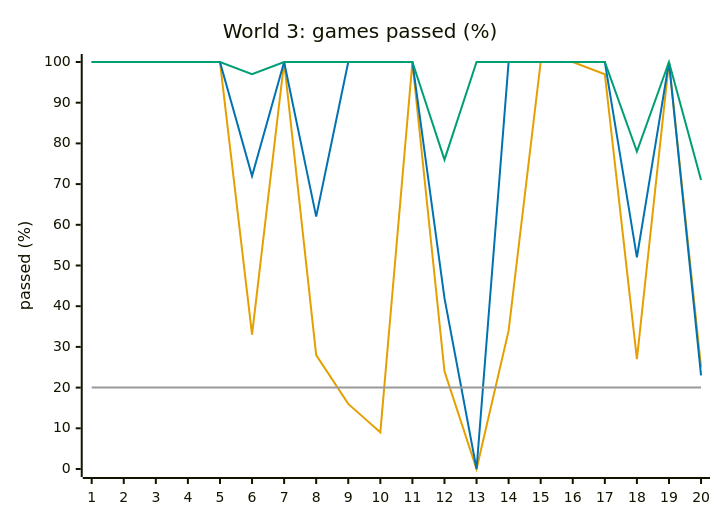
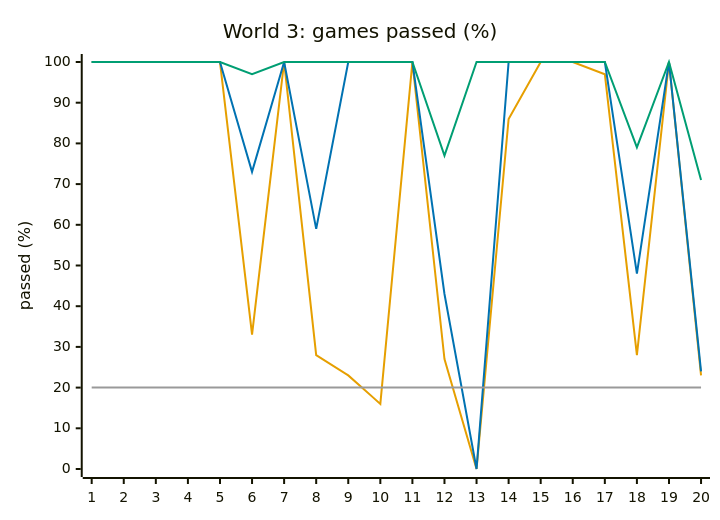
Before and after one commit to Pavelya/dots: the fifth of 8 diagrams in docs/design/difficulty.md, drawn with Mermaid. The commit also changed other lines of this file and 13 other files, not shown here.

````diff
--- a/docs/design/difficulty.md
+++ b/docs/design/difficulty.md
@@ -193,11 +194,11 @@
 ```mermaid
 %%{init: {"themeVariables": {"xyChart": {"plotColorPalette": "#E69F00, #0072B2, #009E73, #999999"}}}}%%
 xychart-beta
     title "World 3: games passed (%)"
     x-axis ["1", "2", "3", "4", "5", "6", "7", "8", "9", "10", "11", "12", "13", "14", "15", "16", "17", "18", "19", "20"]
     y-axis "passed (%)" 0 --> 100
-    line [100, 100, 100, 100, 100, 33, 100, 28, 16, 9, 100, 24, 0, 34, 100, 100, 97, 27, 100, 25]
-    line [100, 100, 100, 100, 100, 72, 100, 62, 100, 100, 100, 42, 0, 100, 100, 100, 100, 52, 100, 23]
-    line [100, 100, 100, 100, 100, 97, 100, 100, 100, 100, 100, 76, 100, 100, 100, 100, 100, 78, 100, 71]
+    line [100, 100, 100, 100, 100, 33, 100, 28, 23, 16, 100, 27, 0, 86, 100, 100, 97, 28, 100, 23]
+    line [100, 100, 100, 100, 100, 73, 100, 59, 100, 100, 100, 43, 0, 100, 100, 100, 100, 48, 100, 24]
+    line [100, 100, 100, 100, 100, 97, 100, 100, 100, 100, 100, 77, 100, 100, 100, 100, 100, 79, 100, 71]
     line [20, 20, 20, 20, 20, 20, 20, 20, 20, 20, 20, 20, 20, 20, 20, 20, 20, 20, 20, 20]
 ```
````
